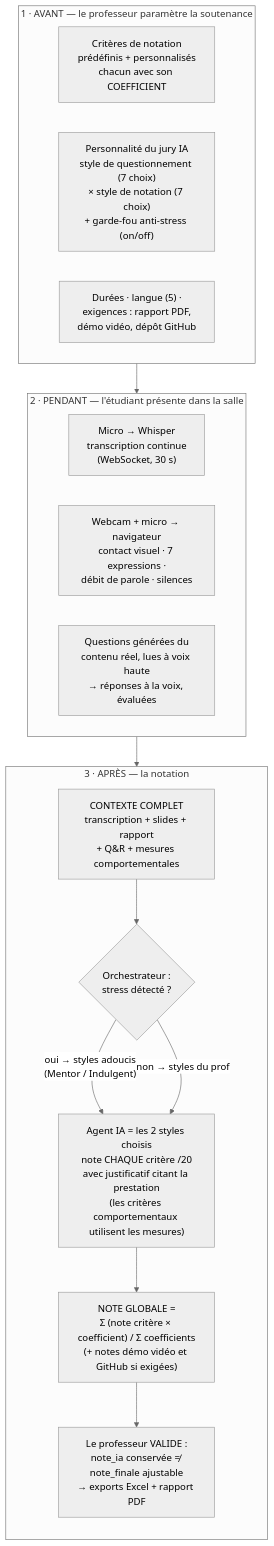
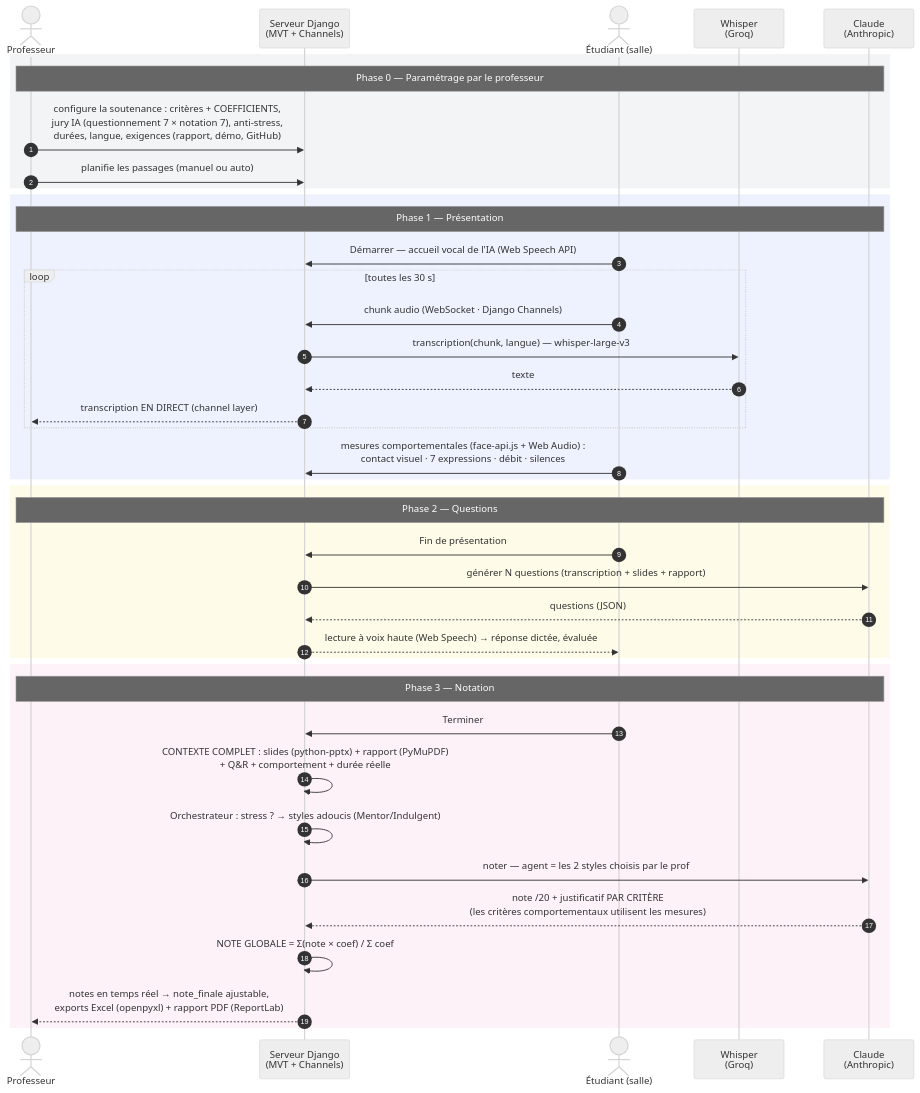
One commit to ZIADEA/SOUTENANCENNOTATIONBYAI changed the second of 2 diagrams in presentation.md. Above: the diagram before and after it, drawn with Mermaid (neutral theme). The commit also changed other lines of this file, not shown here.

Commit message:
presentation: slide 6 revient au diagramme de sequence, enrichi (phase 0 parametrage prof, technologies annotees, calcul de note)

````diff
--- a/presentation.md
+++ b/presentation.md
@@ -125,31 +126,46 @@
 ```mermaid
-flowchart TB
-    subgraph AVANT["1 · AVANT — le professeur paramètre la soutenance"]
-        direction LR
-        A1["Critères de notation<br>prédéfinis + personnalisés<br>chacun avec son COEFFICIENT"]
-        A2["Personnalité du jury IA<br>style de questionnement (7 choix)<br>× style de notation (7 choix)<br>+ garde-fou anti-stress (on/off)"]
-        A3["Durées · langue (5) ·<br>exigences : rapport PDF,<br>démo vidéo, dépôt GitHub"]
+sequenceDiagram
+    autonumber
+    actor P as Professeur
+    participant S as Serveur Django<br>(MVT + Channels)
+    actor E as Étudiant (salle)
+    participant W as Whisper<br>(Groq)
+    participant C as Claude<br>(Anthropic)
+
+    rect rgb(243, 244, 246)
+    note over P,C: Phase 0 — Paramétrage par le professeur
+    P->>S: configure la soutenance : critères + COEFFICIENTS,<br>jury IA (questionnement 7 × notation 7), anti-stress,<br>durées, langue, exigences (rapport, démo, GitHub)
+    P->>S: planifie les passages (manuel ou auto)
     end
 
-    subgraph PENDANT["2 · PENDANT — l'étudiant présente dans la salle"]
-        direction LR
-        B1["Micro → Whisper<br>transcription continue<br>(WebSocket, 30 s)"]
-        B2["Webcam + micro → navigateur<br>contact visuel · 7 expressions ·<br>débit de parole · silences"]
-        B3["Questions générées du<br>contenu réel, lues à voix haute<br>→ réponses à la voix, évaluées"]
+    rect rgb(238, 242, 255)
+    note over P,C: Phase 1 — Présentation
+    E->>S: Démarrer — accueil vocal de l'IA (Web Speech API)
+    loop toutes les 30 s
+        E->>S: chunk audio (WebSocket · Django Channels)
+        S->>W: transcription(chunk, langue) — whisper-large-v3
+        W-->>S: texte
+        S-->>P: transcription EN DIRECT (channel layer)
+    end
+    E->>S: mesures comportementales (face-api.js + Web Audio) :<br>contact visuel · 7 expressions · débit · silences
     end
 
-    subgraph APRES["3 · APRÈS — la notation"]
-        direction TB
-        C1["CONTEXTE COMPLET<br>transcription + slides + rapport<br>+ Q&R + mesures comportementales"]
-        C2{"Orchestrateur :<br>stress détecté ?"}
-        C3["Agent IA = les 2 styles choisis<br>note CHAQUE critère /20<br>avec justificatif citant la prestation<br>(les critères comportementaux utilisent les mesures)"]
-        C4["NOTE GLOBALE =<br>Σ (note critère × coefficient) / Σ coefficients<br>(+ notes démo vidéo et GitHub si exigées)"]
-        C5["Le professeur VALIDE :<br>note_ia conservée ≠ note_finale ajustable<br>→ exports Excel + rapport PDF"]
-        C1 --> C2
-        C2 -- "oui → styles adoucis<br>(Mentor / Indulgent)" --> C3
-        C2 -- "non → styles du prof" --> C3
-        C3 --> C4 --> C5
+    rect rgb(254, 252, 232)
+    note over P,C: Phase 2 — Questions
+    E->>S: Fin de présentation
+    S->>C: générer N questions (transcription + slides + rapport)
+    C-->>S: questions (JSON)
+    S-->>E: lecture à voix haute (Web Speech) → réponse dictée, évaluée
     end
 
-    AVANT --> PENDANT --> APRES
+    rect rgb(253, 242, 248)
+    note over P,C: Phase 3 — Notation
+    E->>S: Terminer
+    S->>S: CONTEXTE COMPLET : slides (python-pptx) + rapport (PyMuPDF)<br>+ Q&R + comportement + durée réelle
+    S->>S: Orchestrateur : stress ? → styles adoucis (Mentor/Indulgent)
+    S->>C: noter — agent = les 2 styles choisis par le prof
+    C-->>S: note /20 + justificatif PAR CRITÈRE<br>(les critères comportementaux utilisent les mesures)
+    S->>S: NOTE GLOBALE = Σ(note × coef) / Σ coef
+    S-->>P: notes en temps réel → note_finale ajustable,<br>exports Excel (openpyxl) + rapport PDF (ReportLab)
+    end
 ```
````
